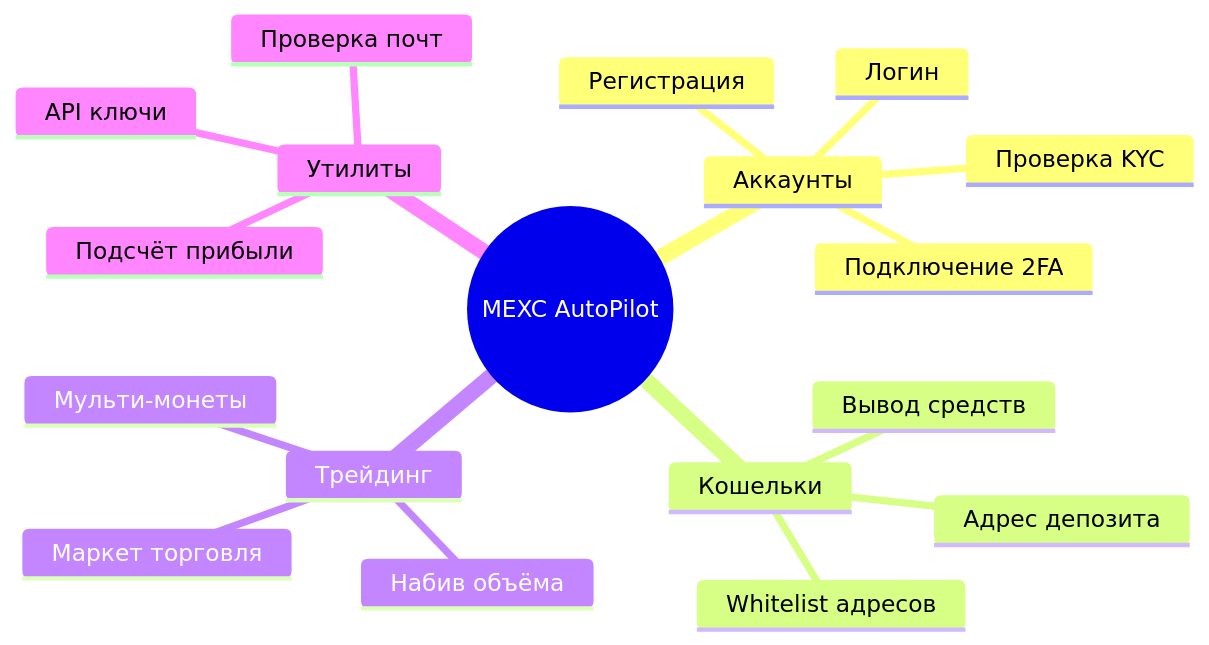
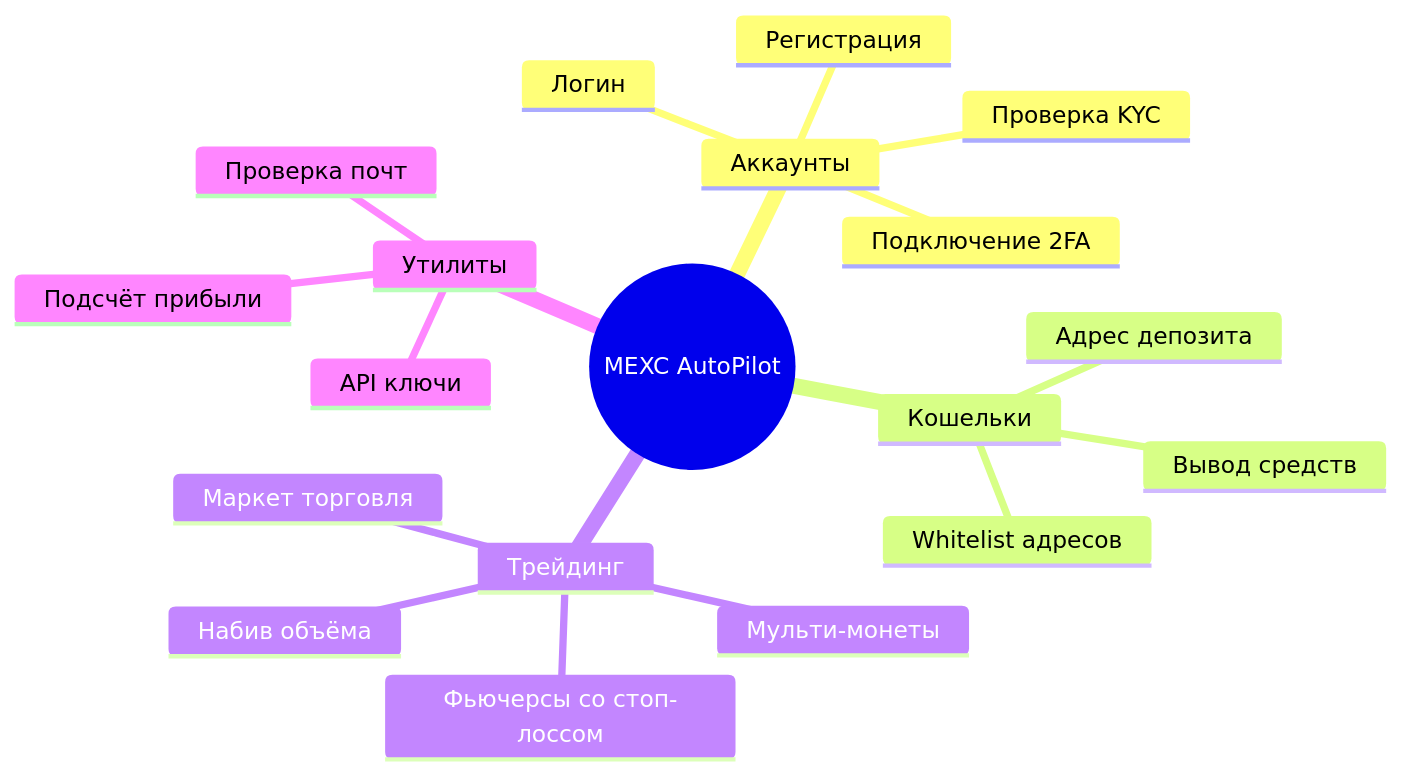
One commit to AutoPilotSoftware/docs changed the second of 10 diagrams in src/content/docs/exchanges/mexc-autopilot.md. Above: the diagram before and after it, drawn with Mermaid. The commit also changed other lines of this file and 2 other files, not shown here.

````diff
--- a/src/content/docs/exchanges/mexc-autopilot.md
+++ b/src/content/docs/exchanges/mexc-autopilot.md
@@ -74,21 +74,22 @@
 ```mermaid
 mindmap
   root((MEXC AutoPilot))
     Аккаунты
       Регистрация
       Логин
       Проверка KYC
       Подключение 2FA
     Кошельки
       Адрес депозита
       Whitelist адресов
       Вывод средств
     Трейдинг
       Маркет торговля
       Набив объёма
       Мульти-монеты
+      Фьючерсы со стоп-лоссом
     Утилиты
       API ключи
       Подсчёт прибыли
       Проверка почт
 ```
````
